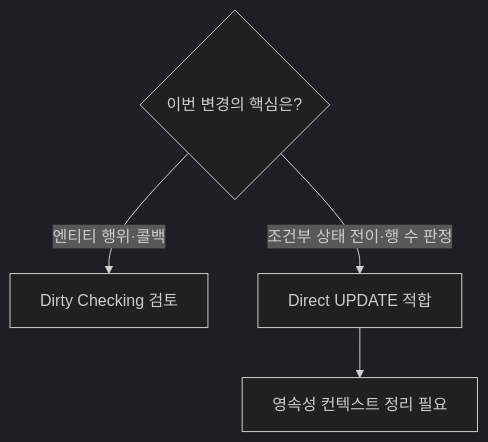
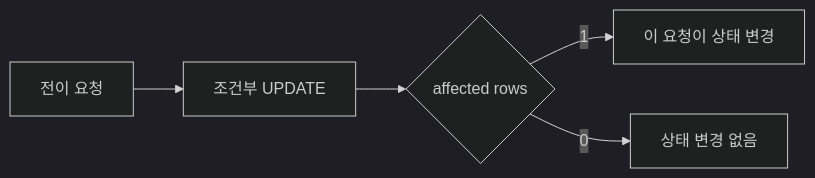
Before and after one commit to jiwon11/jiwon11.github.io: the second of 4 diagrams in _posts/2026-02-04-reward-conditional-update-idempotency.md, drawn with Mermaid (dark theme). The commit also changed other lines of this file and 4 other files, not shown here.

```diff
--- a/_posts/2026-02-04-reward-conditional-update-idempotency.md
+++ b/_posts/2026-02-04-reward-conditional-update-idempotency.md
@@ -246,7 +111,7 @@
 ~~~mermaid
-flowchart TD
-    Q{"이번 변경의 핵심은?"}
-    Q -->|엔티티 행위·콜백| D["Dirty Checking 검토"]
-    Q -->|조건부 상태 전이·행 수 판정| U["Direct UPDATE 적합"]
-    U --> C["영속성 컨텍스트 정리 필요"]
+flowchart LR
+    A["전이 요청"] --> B["조건부 UPDATE"]
+    B --> C{"affected rows"}
+    C -->|1| W["이 요청이 상태 변경"]
+    C -->|0| L["상태 변경 없음"]
 ~~~
```
